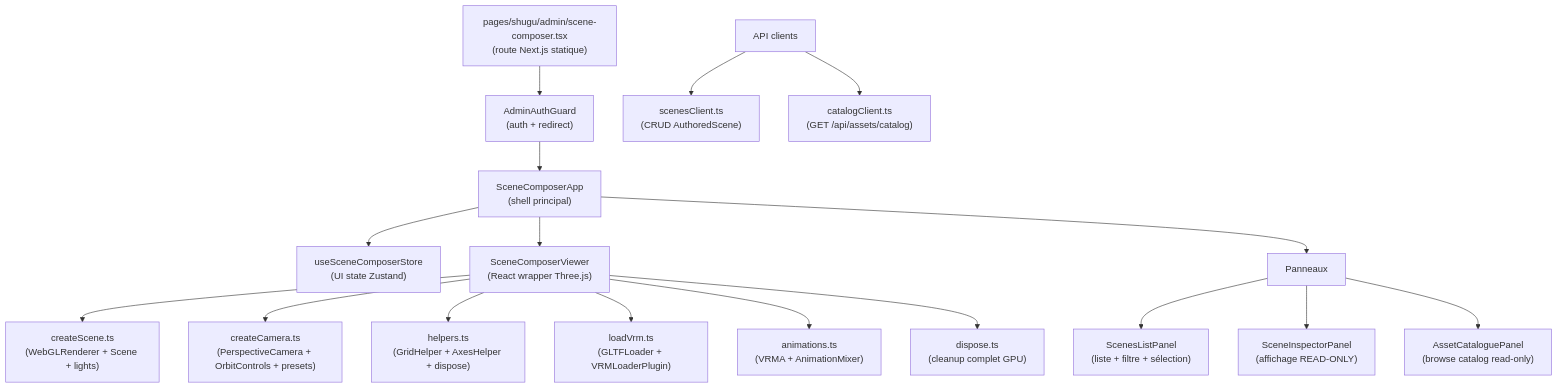
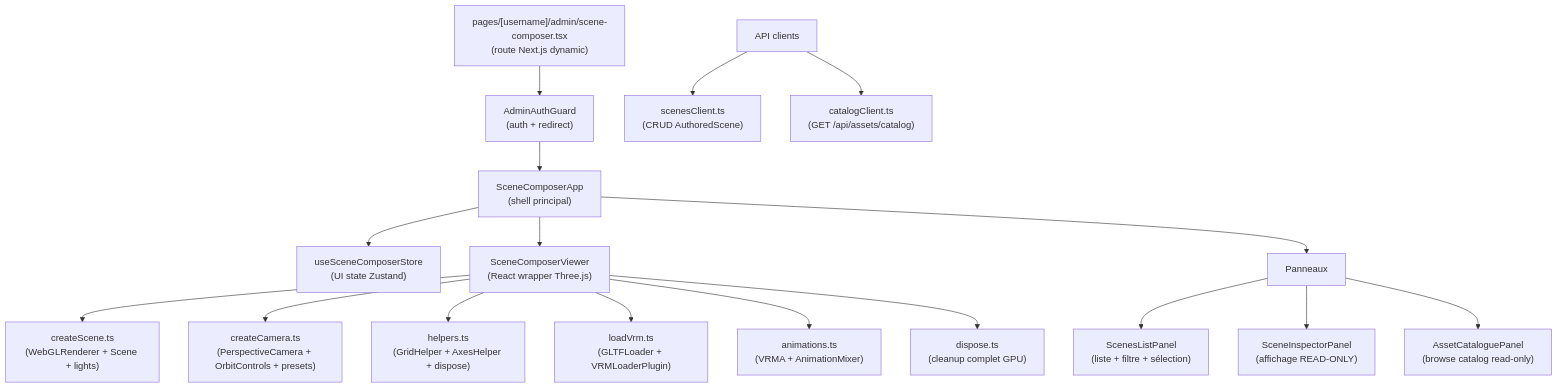
Before and after one commit to Asurelia/Shugu_stream: the first of 2 diagrams in docs/SCENE_COMPOSER_FRONTEND.md, drawn with Mermaid. The commit also changed other lines of this file and 2 other files, not shown here.

````diff
--- a/docs/SCENE_COMPOSER_FRONTEND.md
+++ b/docs/SCENE_COMPOSER_FRONTEND.md
@@ -7,30 +7,30 @@
 ```mermaid
 graph TD
-    PAGE["pages/shugu/admin/scene-composer.tsx<br/>(route Next.js statique)"]
+    PAGE["pages/[username]/admin/scene-composer.tsx<br/>(route Next.js dynamic)"]
     GUARD["AdminAuthGuard<br/>(auth + redirect)"]
     APP["SceneComposerApp<br/>(shell principal)"]
     STORE["useSceneComposerStore<br/>(UI state Zustand)"]
     VIEWER["SceneComposerViewer<br/>(React wrapper Three.js)"]
     PANELS["Panneaux"]
     API["API clients"]
 
     PAGE --> GUARD
     GUARD --> APP
     APP --> STORE
     APP --> VIEWER
     APP --> PANELS
 
     VIEWER --> CREATE_SCENE["createScene.ts<br/>(WebGLRenderer + Scene + lights)"]
     VIEWER --> CREATE_CAM["createCamera.ts<br/>(PerspectiveCamera + OrbitControls + presets)"]
     VIEWER --> HELPERS["helpers.ts<br/>(GridHelper + AxesHelper + dispose)"]
     VIEWER --> LOAD_VRM["loadVrm.ts<br/>(GLTFLoader + VRMLoaderPlugin)"]
     VIEWER --> ANIMATIONS["animations.ts<br/>(VRMA + AnimationMixer)"]
     VIEWER --> DISPOSE["dispose.ts<br/>(cleanup complet GPU)"]
 
     PANELS --> SCENES_LIST["ScenesListPanel<br/>(liste + filtre + sélection)"]
     PANELS --> INSPECTOR["SceneInspectorPanel<br/>(affichage READ-ONLY)"]
     PANELS --> CATALOG["AssetCataloguePanel<br/>(browse catalog read-only)"]
 
     API --> SCENES_CLIENT["scenesClient.ts<br/>(CRUD AuthoredScene)"]
     API --> CATALOG_CLIENT["catalogClient.ts<br/>(GET /api/assets/catalog)"]
 ```
````
